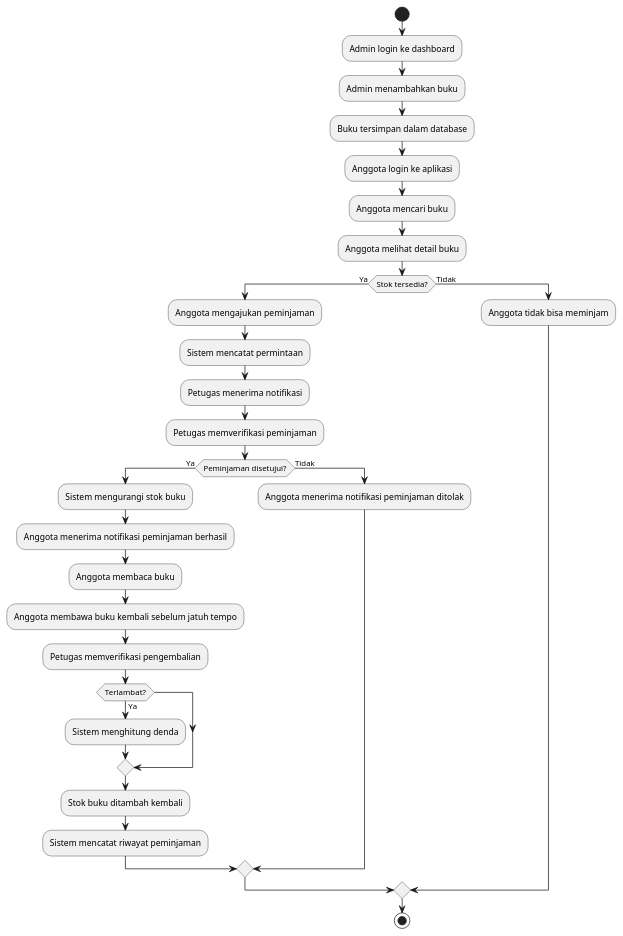
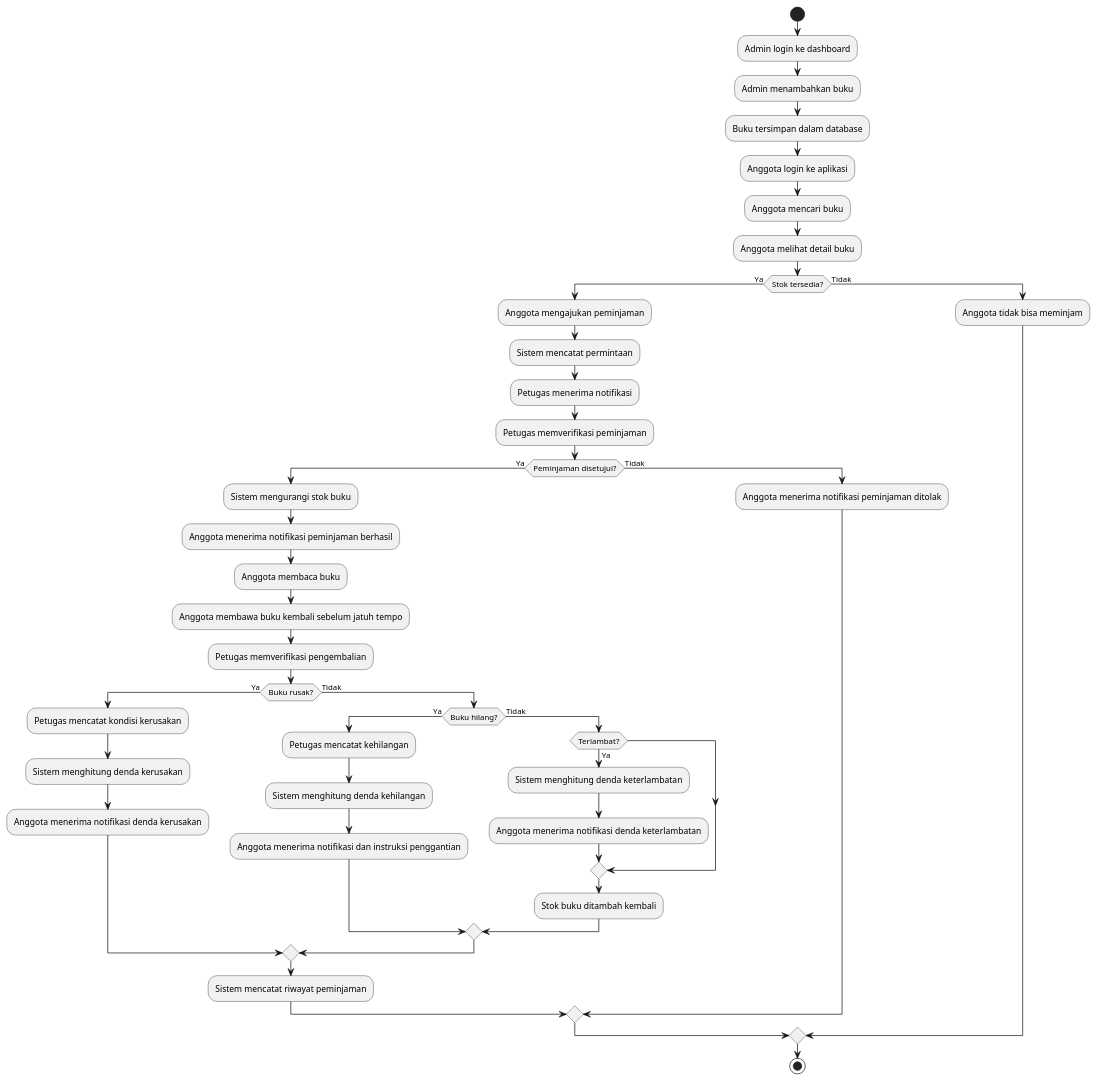
Before and after one commit to rianmz-genz/perpustakaan-laravel: the diagram in flow.puml, drawn with PlantUML.

```diff
--- a/flow.puml
+++ b/flow.puml
@@ -1,40 +1,53 @@
 @startuml FLOWPERPUSTAKAAN
 start
 
 :Admin login ke dashboard;
 :Admin menambahkan buku;
 :Buku tersimpan dalam database;
 
 :Anggota login ke aplikasi;
 :Anggota mencari buku;
 :Anggota melihat detail buku;
 
 if (Stok tersedia?) then (Ya)
     :Anggota mengajukan peminjaman;
     :Sistem mencatat permintaan;
     :Petugas menerima notifikasi;
     :Petugas memverifikasi peminjaman;
 
     if (Peminjaman disetujui?) then (Ya)
         :Sistem mengurangi stok buku;
         :Anggota menerima notifikasi peminjaman berhasil;
         
         :Anggota membaca buku;
         :Anggota membawa buku kembali sebelum jatuh tempo;
         
         :Petugas memverifikasi pengembalian;
-        if (Terlambat?) then (Ya)
-            :Sistem menghitung denda;
+        if (Buku rusak?) then (Ya)
+            :Petugas mencatat kondisi kerusakan;
+            :Sistem menghitung denda kerusakan;
+            :Anggota menerima notifikasi denda kerusakan;
+        else (Tidak)
+            if (Buku hilang?) then (Ya)
+                :Petugas mencatat kehilangan;
+                :Sistem menghitung denda kehilangan;
+                :Anggota menerima notifikasi dan instruksi penggantian;
+            else (Tidak)
+                if (Terlambat?) then (Ya)
+                    :Sistem menghitung denda keterlambatan;
+                    :Anggota menerima notifikasi denda keterlambatan;
+                endif
+                :Stok buku ditambah kembali;
+            endif
         endif
-        
-        :Stok buku ditambah kembali;
+
         :Sistem mencatat riwayat peminjaman;
     else (Tidak)
         :Anggota menerima notifikasi peminjaman ditolak;
     endif
 else (Tidak)
     :Anggota tidak bisa meminjam;
 endif
 
 stop
 @enduml
```
